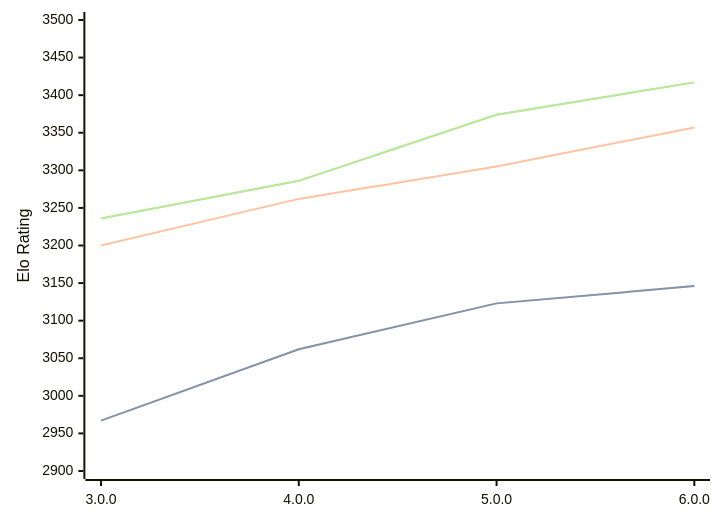
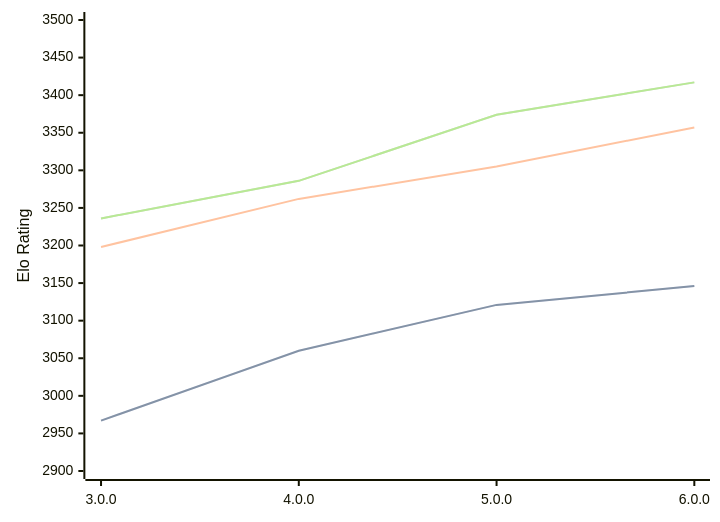
One commit to computer-chess-index/cci changed the diagram in engines/Minke.md. Above: the diagram before and after it, drawn with Mermaid. The commit also changed other lines of this file, not shown here.

````diff
--- a/engines/Minke.md
+++ b/engines/Minke.md
@@ -36,11 +36,11 @@
 ```mermaid
 %%{init: {"theme":"base","themeVariables":{"seriesColors:['#a3a3a3','#222221','#faa371']}}}%%
 xychart-beta
   x-axis ["3.0.0", "4.0.0", "5.0.0", "6.0.0"]
   y-axis "Elo Rating" 2900 --> 3500
-  line "STC (8.0+0.08s)" [2967, 3062, 3123, 3146]
-  line "STC (8.0+0.08s)" [2967, 3062, 3123, 3146]
-  line "LTC (60.0+0.60s)" [3200, 3262, 3305, 3357]
+  line "STC (8.0+0.08s)" [2967, 3060, 3121, 3146]
+  line "STC (8.0+0.08s)" [2967, 3060, 3121, 3146]
+  line "LTC (60.0+0.60s)" [3198, 3262, 3305, 3357]
   line "VLTC (2m24s+1.12s)" [3236, 3286, 3374, 3417]
   line "VLTC (2m24s+1.12s)" [3236, 3286, 3374, 3417]
 ```
````
